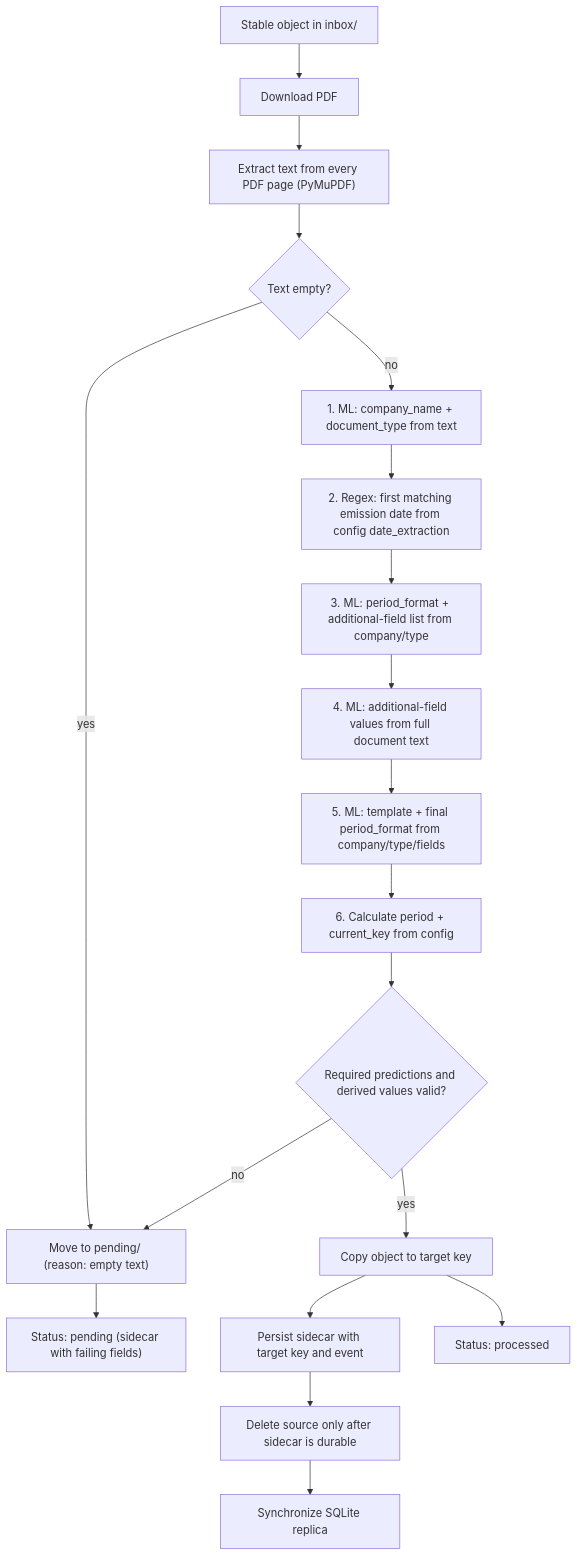
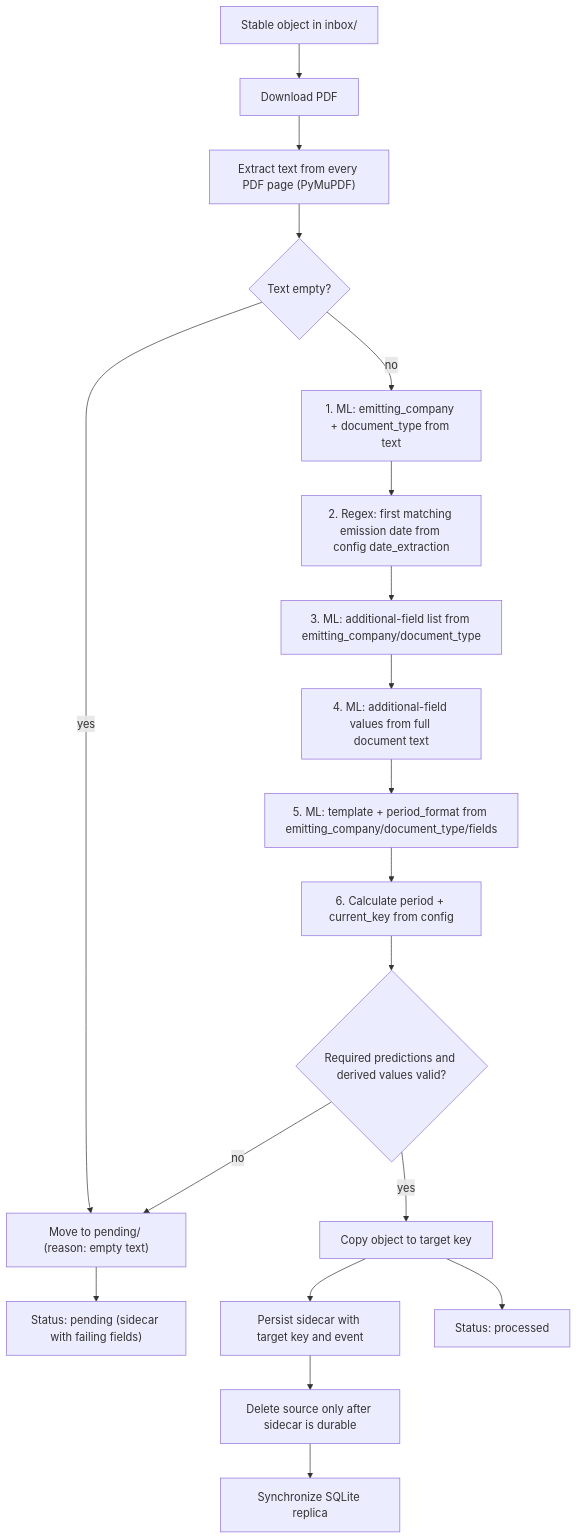
One commit to napnap75/multiarch-docker-images changed the second of 3 diagrams in automatic-pdf-renamer/arch.md. Above: the diagram before and after it, drawn with Mermaid. The commit also changed other lines of this file, not shown here.

Commit message:
Clarify inference stages and standardize company field name

````diff
--- a/automatic-pdf-renamer/arch.md
+++ b/automatic-pdf-renamer/arch.md
@@ -109,21 +109,21 @@
 ```mermaid
 flowchart TD
   in["Stable object in inbox/"] --> dl["Download PDF"]
   dl --> tx["Extract text from every PDF page (PyMuPDF)"]
   tx --> empty{"Text empty?"}
   empty -- yes --> pending["Move to pending/ (reason: empty text)"]
-  empty -- no --> company["1. ML: company_name + document_type from text"]
+  empty -- no --> company["1. ML: emitting_company + document_type from text"]
   company --> date["2. Regex: first matching emission date from config date_extraction"]
-  date --> groups["3. ML: period_format + additional-field list from company/type"]
+  date --> groups["3. ML: additional-field list from emitting_company/document_type"]
   groups --> values["4. ML: additional-field values from full document text"]
-  values --> final["5. ML: template + final period_format from company/type/fields"]
+  values --> final["5. ML: template + period_format from emitting_company/document_type/fields"]
   final --> derived["6. Calculate period + current_key from config"]
   derived --> valid{"Required predictions and derived values valid?"}
   valid -- no --> pending
   valid -- yes --> rename["Copy object to target key"]
   rename --> sidecar["Persist sidecar with target key and event"]
   sidecar --> delete["Delete source only after sidecar is durable"]
   delete --> sqlite["Synchronize SQLite replica"]
   rename --> done["Status: processed"]
   pending --> wait["Status: pending (sidecar with failing fields)"]
 ```
````
